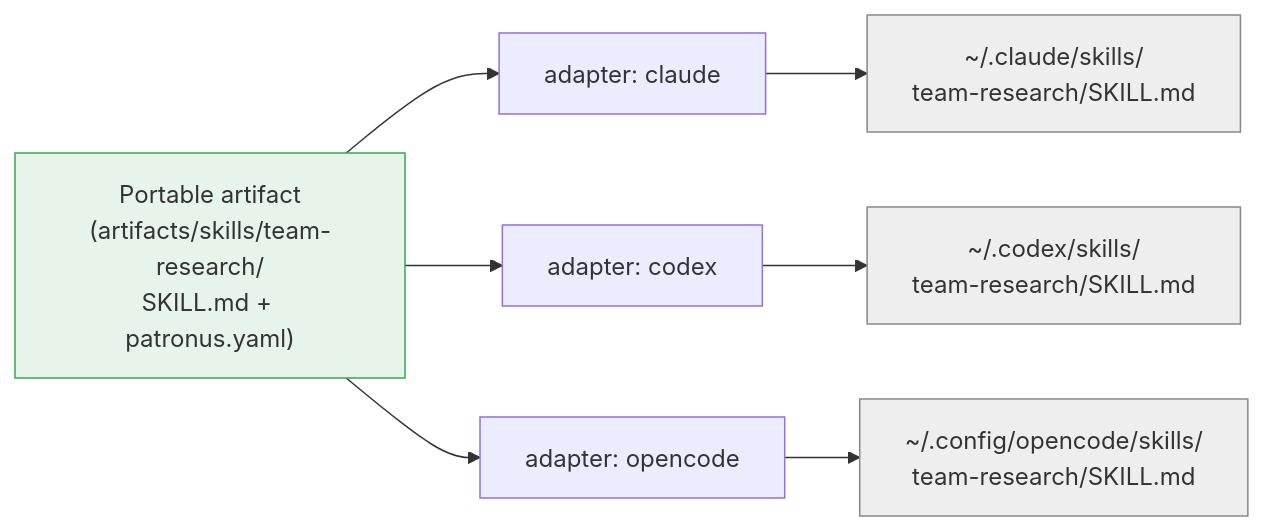
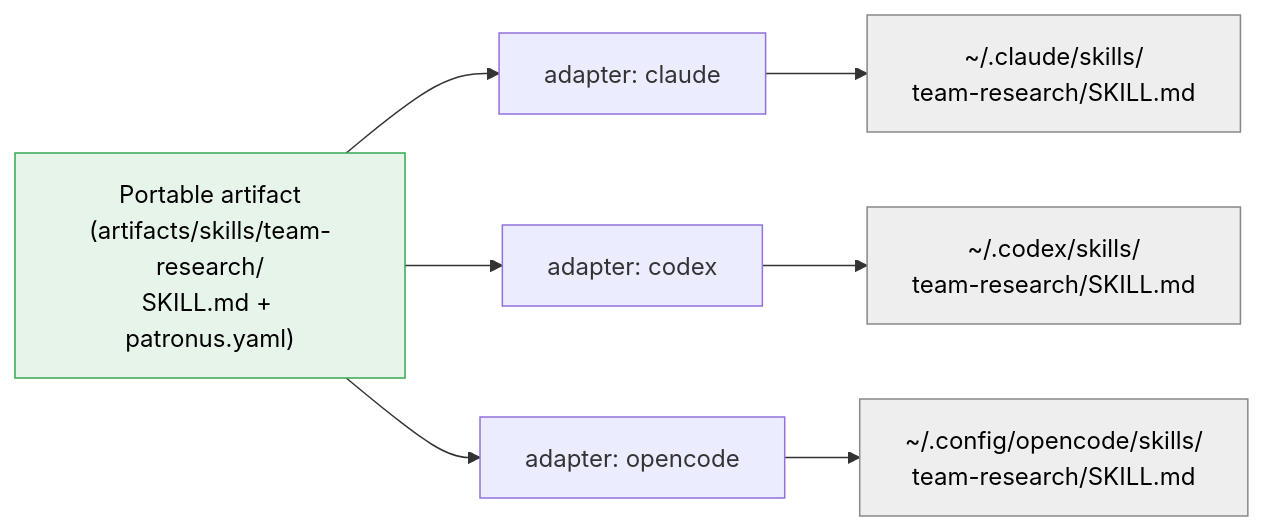
Before and after one commit to darkquasar/patronus: the fourth of 6 diagrams in README.md, drawn with Mermaid. The commit also changed other lines of this file and 17 other files, not shown here.

````diff
--- a/README.md
+++ b/README.md
@@ -158,17 +158,17 @@
 ```mermaid
 flowchart LR
     Src["Portable artifact<br/>(artifacts/skills/team-research/<br/>SKILL.md + patronus.yaml)"]
 
     Src --> AdC["adapter: claude"]
     Src --> AdX["adapter: codex"]
     Src --> AdO["adapter: opencode"]
 
     AdC --> OutC["~/.claude/skills/<br/>team-research/SKILL.md"]
     AdX --> OutX["~/.codex/skills/<br/>team-research/SKILL.md"]
     AdO --> OutO["~/.config/opencode/skills/<br/>team-research/SKILL.md"]
 
-    classDef src fill:#e6f4ea,stroke:#34a853;
-    classDef out fill:#eee,stroke:#888;
+    classDef src fill:#e6f4ea,stroke:#34a853,color:#000;
+    classDef out fill:#eee,stroke:#888,color:#000;
     class Src src
     class OutC,OutX,OutO out
 ```
````
